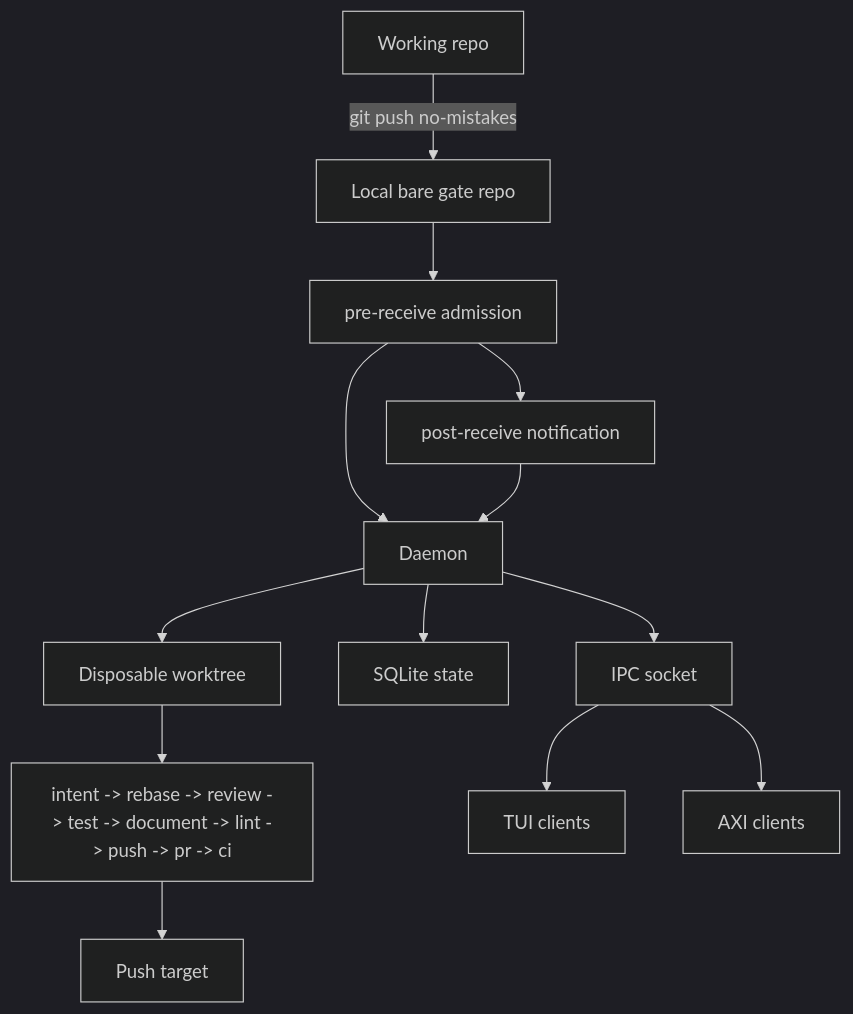
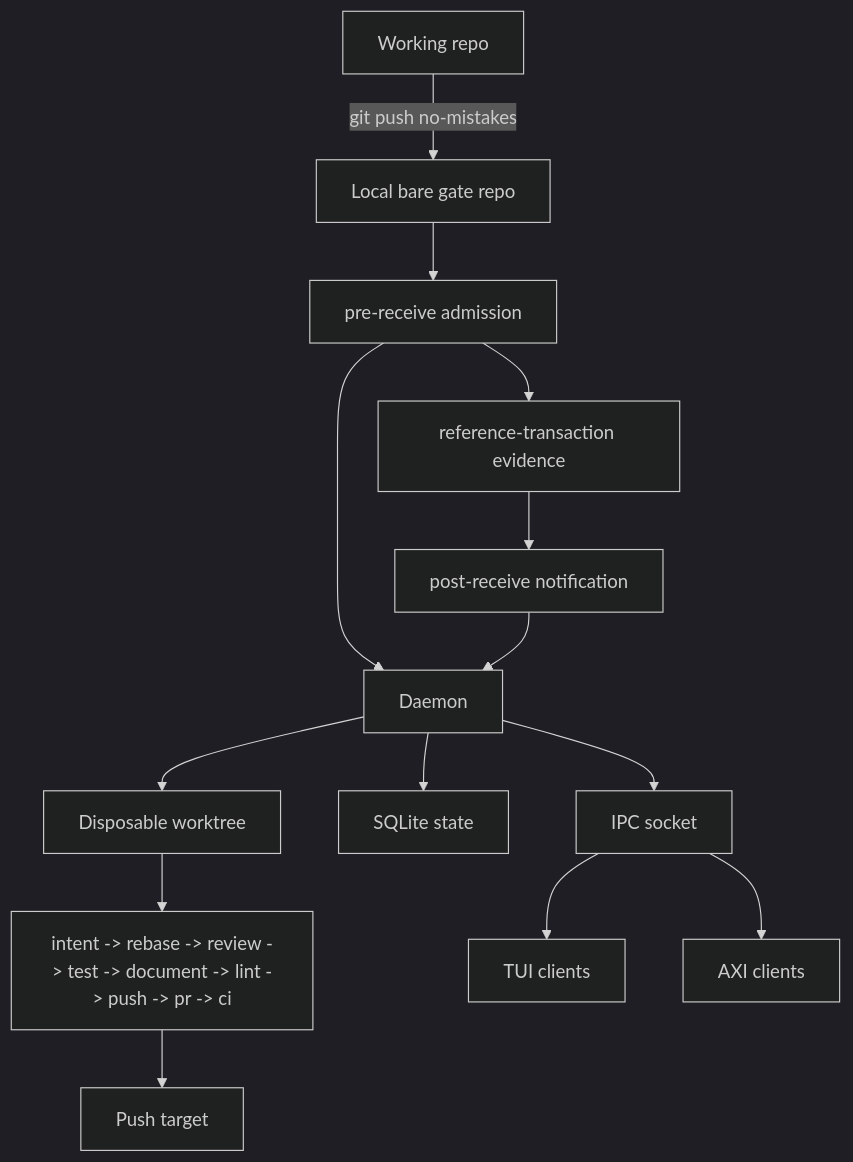
The diagram in docs/src/content/docs/concepts/gate-model.md (kunchenguid/no-mistakes), drawn with Mermaid (dark theme) before and after one commit. The commit also changed other lines of this file and 16 other files, not shown here.

Commit message:
no-mistakes(review): Require authoritative receive transaction evidence

````diff
--- a/docs/src/content/docs/concepts/gate-model.md
+++ b/docs/src/content/docs/concepts/gate-model.md
@@ -14,15 +14,16 @@
 ```mermaid
 flowchart TD
   repo["Working repo"] -->|"git push no-mistakes"| gate["Local bare gate repo"]
   gate --> admission["pre-receive admission"]
-  admission --> hook["post-receive notification"]
+  admission --> transaction["reference-transaction evidence"]
+  transaction --> hook["post-receive notification"]
   admission --> daemon["Daemon"]
   hook --> daemon
   daemon --> worktree["Disposable worktree"]
   worktree --> pipeline["intent -> rebase -> review -> test -> document -> lint -> push -> pr -> ci"]
   pipeline --> target["Push target"]
   daemon --> db["SQLite state"]
   daemon --> ipc["IPC socket"]
   ipc --> tui["TUI clients"]
   ipc --> axi["AXI clients"]
 ```
````
